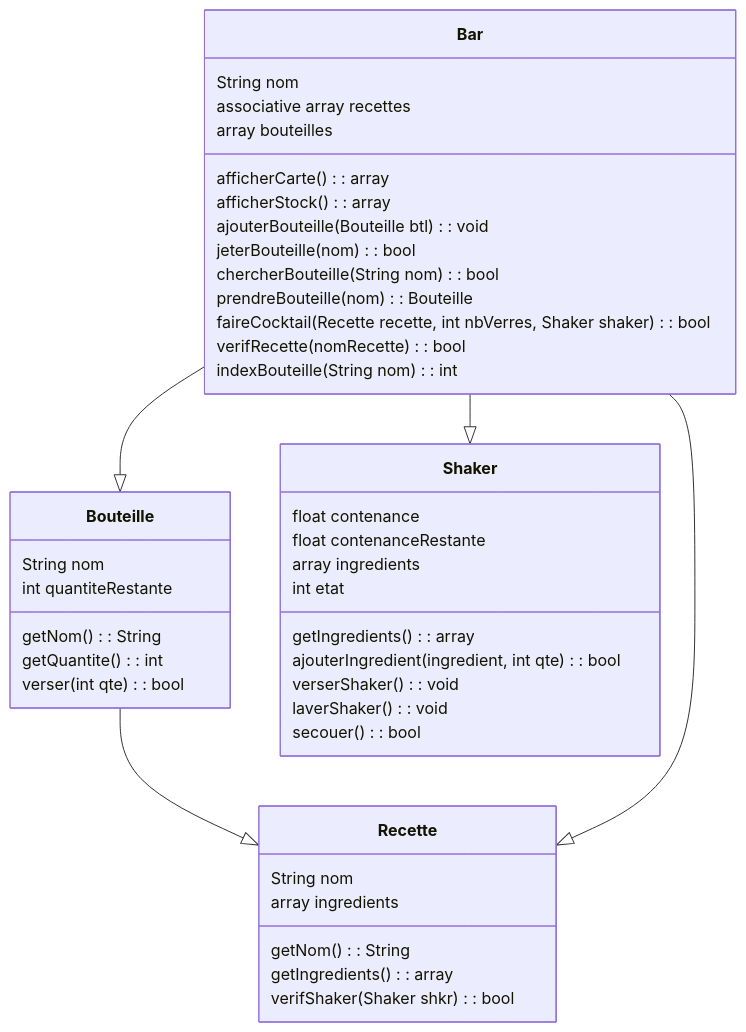
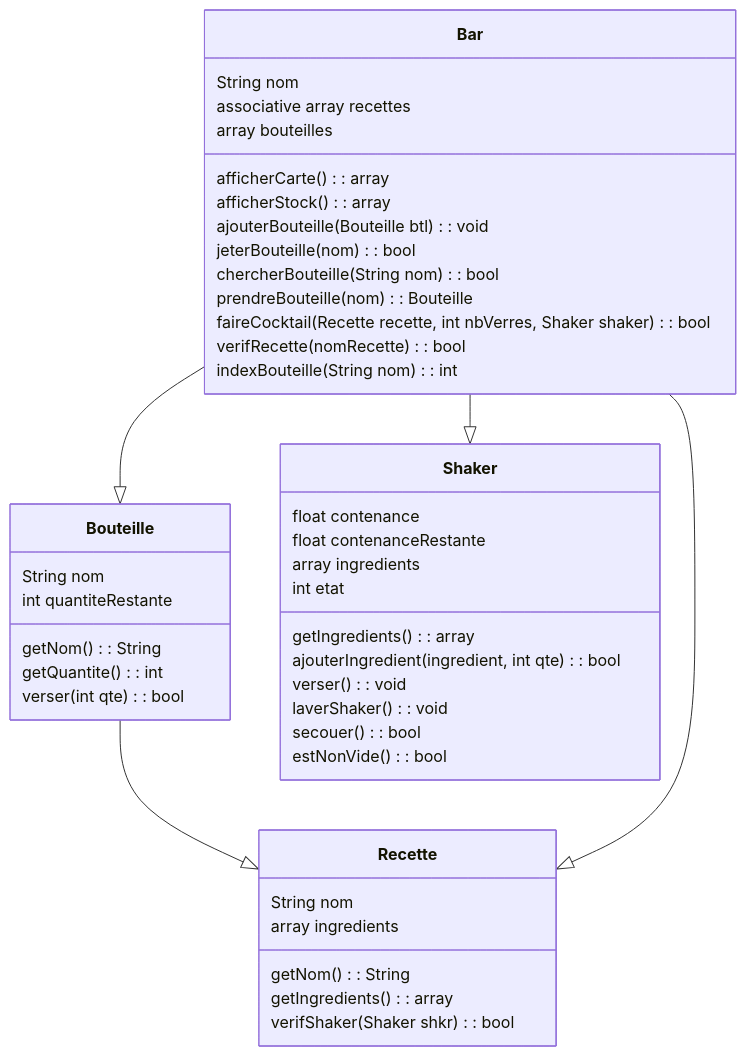
One commit to MogwaiRGod/BeBar changed the second of 2 diagrams in README.md. Above: the diagram before and after it, drawn with Mermaid. The commit also changed 3 other files, not shown here.

````diff
--- a/README.md
+++ b/README.md
@@ -31,46 +31,47 @@
 ```mermaid
 classDiagram
     Bouteille --|> Recette
     Bar --|> Bouteille
     Bar --|> Recette
     Bar --|> Shaker
     class Bar {
         String nom
         associative array recettes
         array bouteilles
         afficherCarte() : array
         afficherStock() : array
         ajouterBouteille(Bouteille btl) : void
         jeterBouteille(nom) : bool
         chercherBouteille(String nom) : bool
         prendreBouteille(nom) : Bouteille
         faireCocktail(Recette recette, int nbVerres, Shaker shaker) : bool
         verifRecette(nomRecette) : bool
         indexBouteille(String nom) : int
     }
     class Bouteille {
         String nom
         int quantiteRestante
         getNom() : String
         getQuantite() : int
         verser(int qte) : bool
     }
     class Recette {
         String nom
         array ingredients
         getNom() : String
         getIngredients() : array
         verifShaker(Shaker shkr) : bool
     }
     class Shaker {
         float contenance
         float contenanceRestante
         array ingredients
         int etat
         getIngredients() : array
         ajouterIngredient(ingredient, int qte) : bool
-        verserShaker() : void
+        verser() : void
         laverShaker() : void
         secouer() : bool
+        estNonVide() : bool
     }
 ```
````
